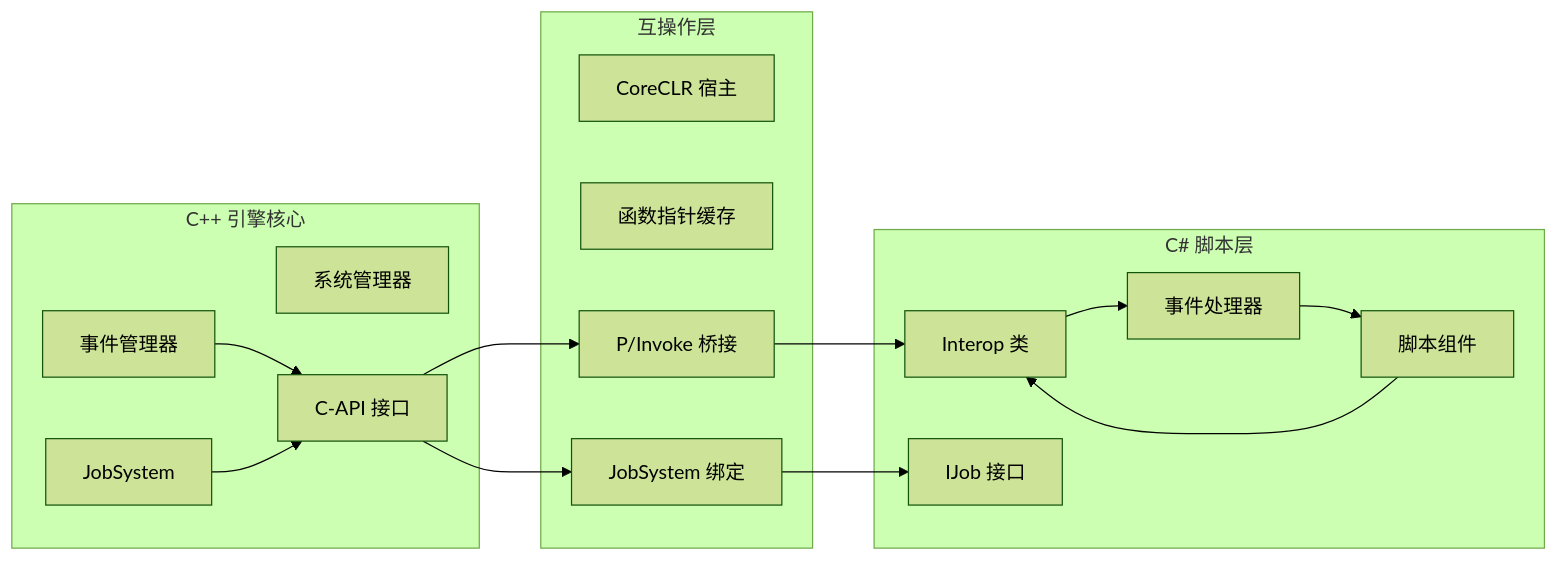
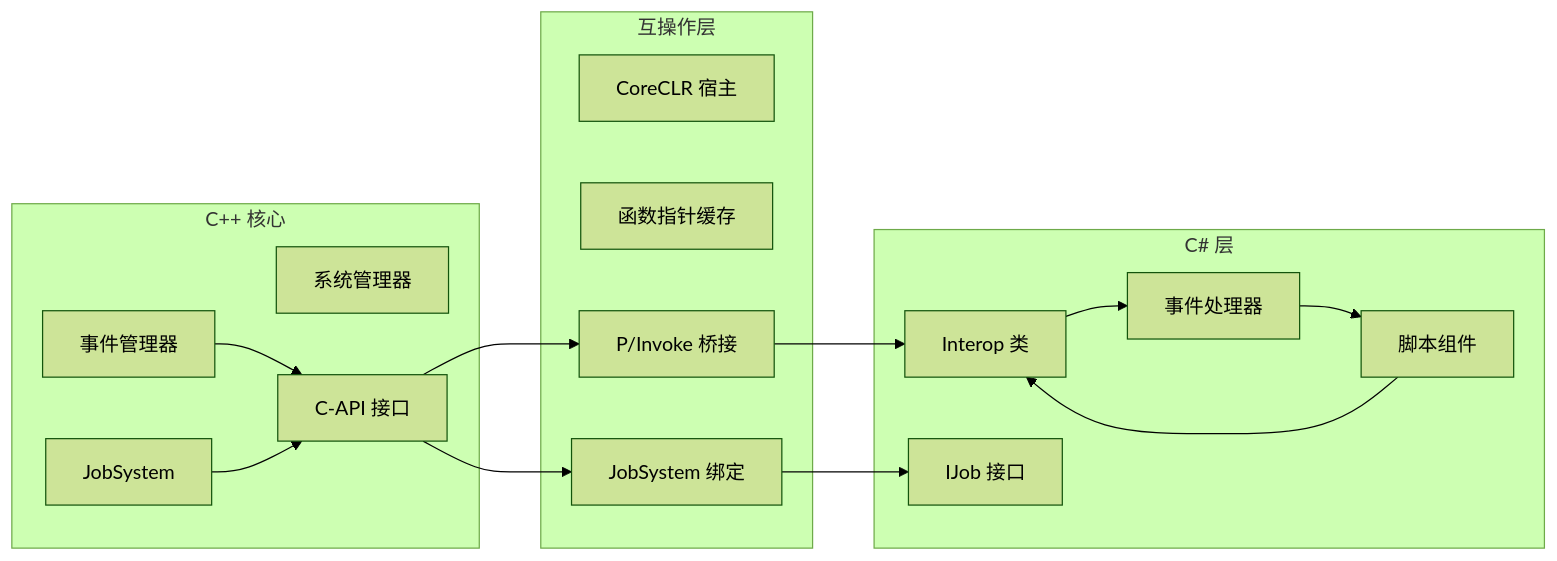
The fifth of 11 diagrams in ARCHITECTURE.md (NGLSG/Luma), drawn with Mermaid (forest theme) before and after one commit. The commit also changed other lines of this file and 27 other files, not shown here.

````diff
--- a/ARCHITECTURE.md
+++ b/ARCHITECTURE.md
@@ -129,25 +122,33 @@
 ```mermaid
 graph LR
-    subgraph "C++ 引擎核心"
+    subgraph "C++ 核心"
         A[事件管理器]
         B[系统管理器]
         C[C-API 接口]
         D[JobSystem]
     end
 
     subgraph "互操作层"
         E[CoreCLR 宿主]
         F[函数指针缓存]
         G[P/Invoke 桥接]
         H[JobSystem 绑定]
     end
 
-    subgraph "C# 脚本层"
+    subgraph "C# 层"
         I[脚本组件]
         J[事件处理器]
         K[Interop 类]
         L[IJob 接口]
     end
 
-    A --> C; D --> C; C --> G; C --> H; G --> K; H --> L; K --> J; J --> I; I --> K
+    A --> C
+    D --> C
+    C --> G
+    C --> H
+    G --> K
+    H --> L
+    K --> J
+    J --> I
+    I --> K
 ```
````
